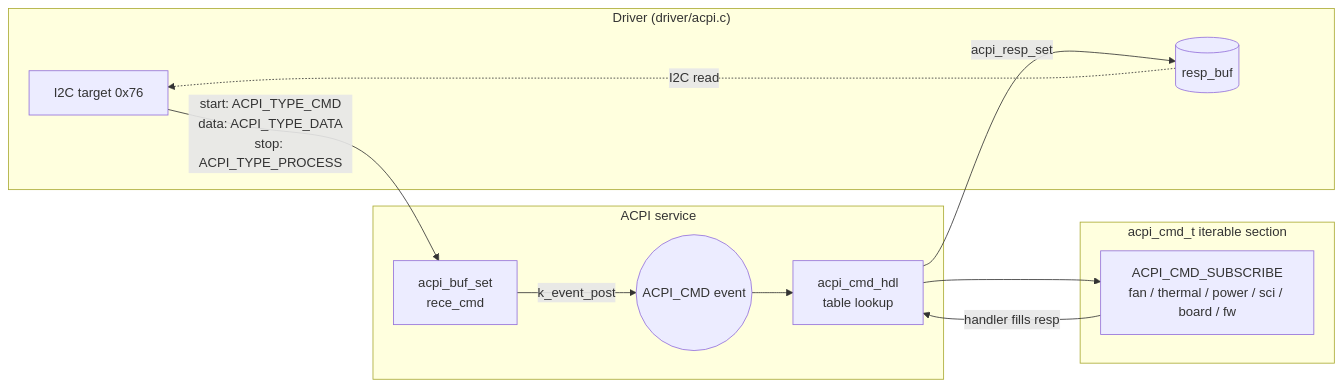
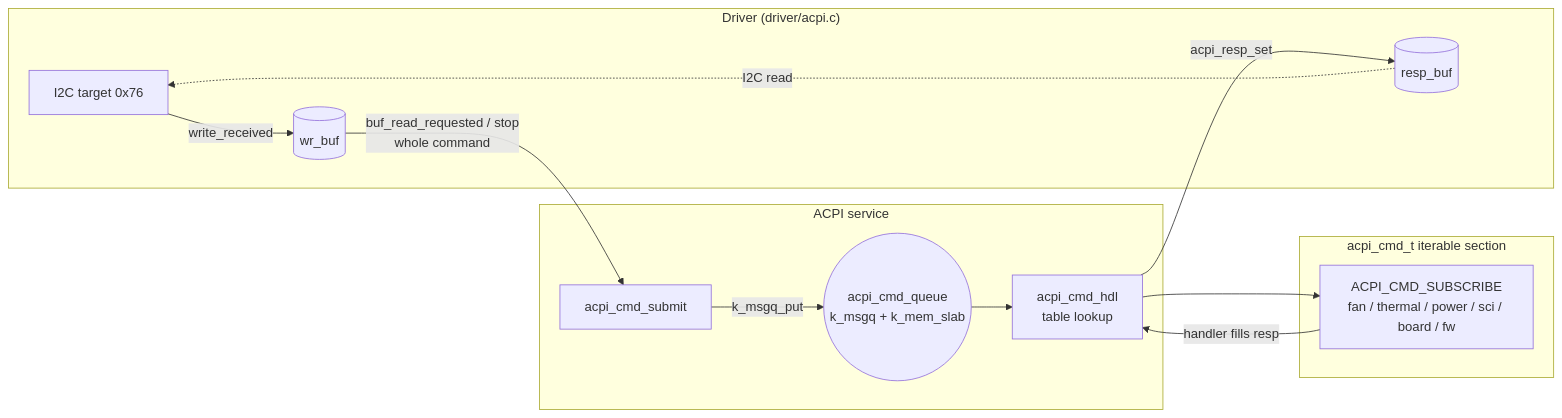
The diagram in service/acpi/readme_en.md (MCHP-Andy/ec_qualcomm), drawn with Mermaid before and after one commit. The commit also changed other lines of this file and 5 other files, not shown here.

Commit message:
refactor(acpi): submit whole cmd to service queue

````diff
--- a/service/acpi/readme_en.md
+++ b/service/acpi/readme_en.md
@@ -25,25 +25,27 @@
 ```mermaid
 graph LR
     subgraph "Driver (driver/acpi.c)"
         I2C[I2C target 0x76]
+        WR[(wr_buf)]
         RESP[(resp_buf)]
     end
 
     subgraph "ACPI service"
-        BUF[acpi_buf_set<br/>rece_cmd]
-        EVT((ACPI_CMD event))
+        BUF[acpi_cmd_submit]
+        EVT((acpi_cmd_queue<br/>k_msgq + k_mem_slab))
         HDL[acpi_cmd_hdl<br/>table lookup]
     end
 
     subgraph "acpi_cmd_t iterable section"
         TBL[ACPI_CMD_SUBSCRIBE<br/>fan / thermal / power / sci / board / fw]
     end
 
-    I2C -->|start: ACPI_TYPE_CMD<br/>data: ACPI_TYPE_DATA<br/>stop: ACPI_TYPE_PROCESS| BUF
-    BUF -->|k_event_post| EVT
+    I2C -->|write_received| WR
+    WR -->|buf_read_requested / stop<br/>whole command| BUF
+    BUF -->|k_msgq_put| EVT
     EVT --> HDL
     HDL --> TBL
     TBL -->|handler fills resp| HDL
     HDL -->|acpi_resp_set| RESP
     RESP -.->|I2C read| I2C
 ```
````
